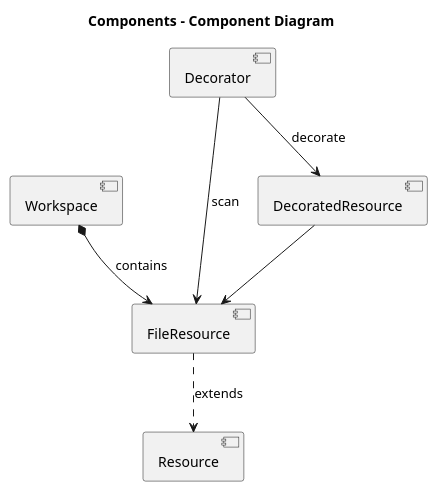
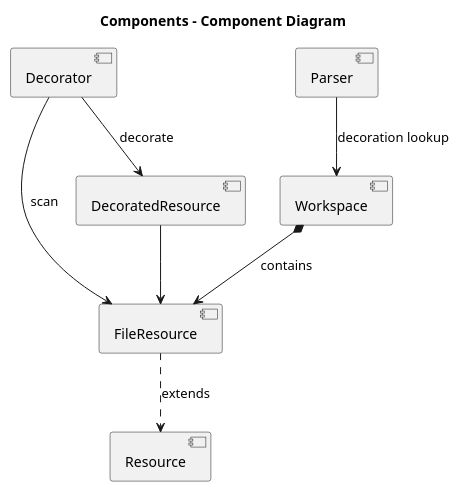
The diagram in docs/architecture.plantuml (sleroy/migration-framework), drawn with PlantUML before and after one commit. The commit also changed 137 other files, not shown here.

```diff
--- a/docs/architecture.plantuml
+++ b/docs/architecture.plantuml
@@ -1,18 +1,20 @@
 @startuml
 
 title Components - Component Diagram
 
 [Workspace]
 [FileResource]
 [Resource]
 [Decorator]
 [DecoratedResource]
+[Parser]
 
+Parser --> Workspace : decoration lookup
 Workspace *--> FileResource : contains
 FileResource ..> Resource : extends
 Decorator --> FileResource : scan
 DecoratedResource --> FileResource
 Decorator --> DecoratedResource : decorate
 
 
 @enduml
```
